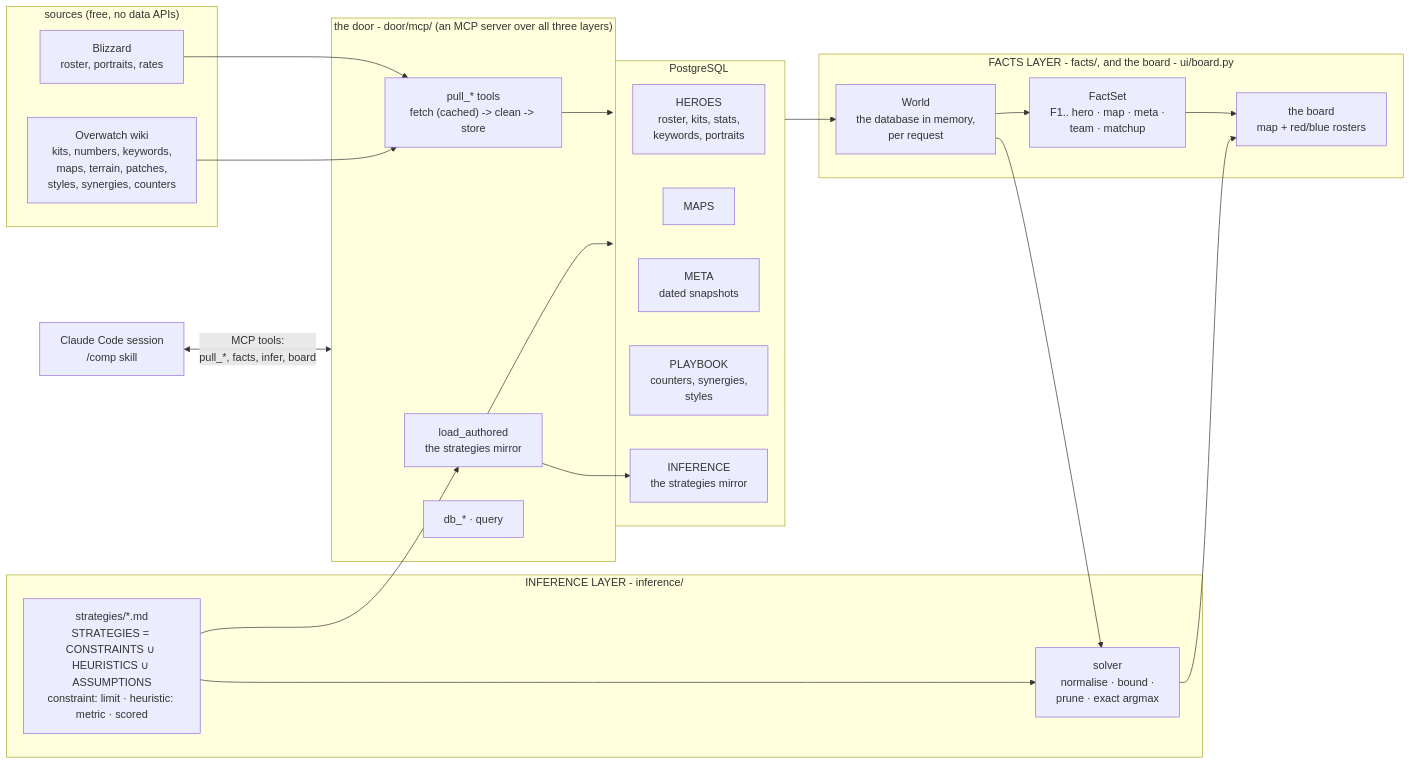
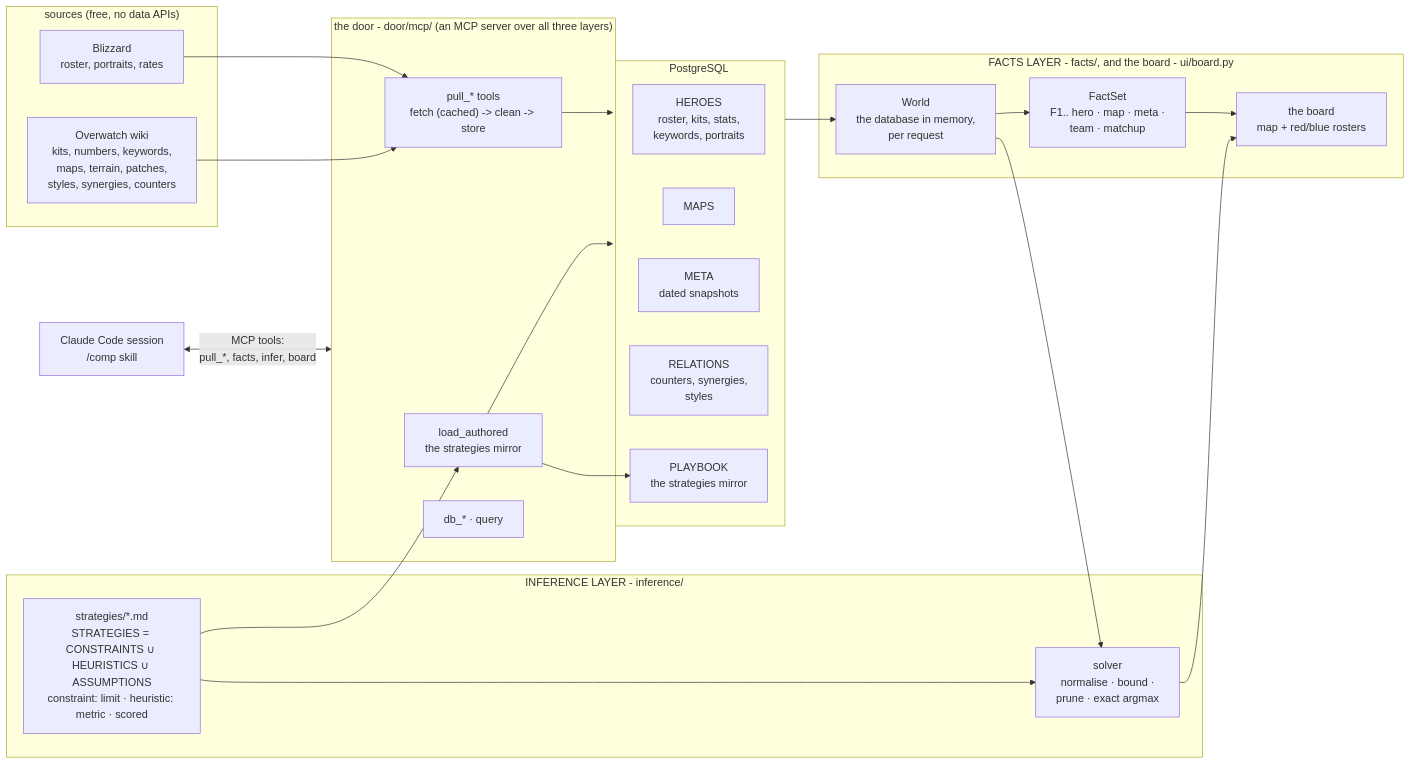
Before and after one commit to mmikol/countrix: the first of 2 diagrams in docs/architecture.md, drawn with Mermaid. The commit also changed other lines of this file and 2 other files, not shown here.

````diff
--- a/docs/architecture.md
+++ b/docs/architecture.md
@@ -68,42 +68,42 @@
 ```mermaid
 flowchart LR
     subgraph SOURCES["sources (free, no data APIs)"]
         BLZ["Blizzard<br/>roster, portraits, rates"]
         WIKI["Overwatch wiki<br/>kits, numbers, keywords,<br/>maps, terrain, patches,<br/>styles, synergies, counters"]
     end
 
     subgraph DATA["the door - door/mcp/ (an MCP server over all three layers)"]
         PULL["pull_* tools<br/>fetch (cached) -> clean -> store"]
         PLAY["load_authored<br/>the strategies mirror"]
         DBT["db_* · query"]
     end
 
     subgraph PG["PostgreSQL"]
         HEROES["HEROES<br/>roster, kits, stats,<br/>keywords, portraits"]
         MAPS["MAPS"]
         META["META<br/>dated snapshots"]
-        PLAYBOOK["PLAYBOOK<br/>counters, synergies,<br/>styles"]
-        INF["INFERENCE<br/>the strategies mirror"]
+        RELATIONS["RELATIONS<br/>counters, synergies,<br/>styles"]
+        PLAYBOOK["PLAYBOOK<br/>the strategies mirror"]
     end
 
     subgraph USER["FACTS LAYER - facts/, and the board - ui/board.py"]
         WORLD["World<br/>the database in memory,<br/>per request"]
         FACTS["FactSet<br/>F1.. hero · map · meta ·<br/>team · matchup"]
         BOARD["the board<br/>map + red/blue rosters"]
     end
 
     subgraph INFER["INFERENCE LAYER - inference/"]
         HEUR["strategies/*.md<br/>STRATEGIES = CONSTRAINTS ∪ HEURISTICS ∪ ASSUMPTIONS<br/>constraint: limit · heuristic: metric · scored"]
         SOLVER["solver<br/>normalise · bound ·<br/>prune · exact argmax"]
     end
 
     BLZ & WIKI --> PULL
     HEUR --> PLAY
-    PLAY --> INF
+    PLAY --> PLAYBOOK
     PULL & PLAY --> PG
     PG --> WORLD --> FACTS --> BOARD
     WORLD --> SOLVER
     HEUR --> SOLVER
     SOLVER --> BOARD
     CHAT["Claude Code session<br/>/comp skill"] <-->|"MCP tools:<br/>pull_*, facts, infer, board"| DATA
 ```
````
